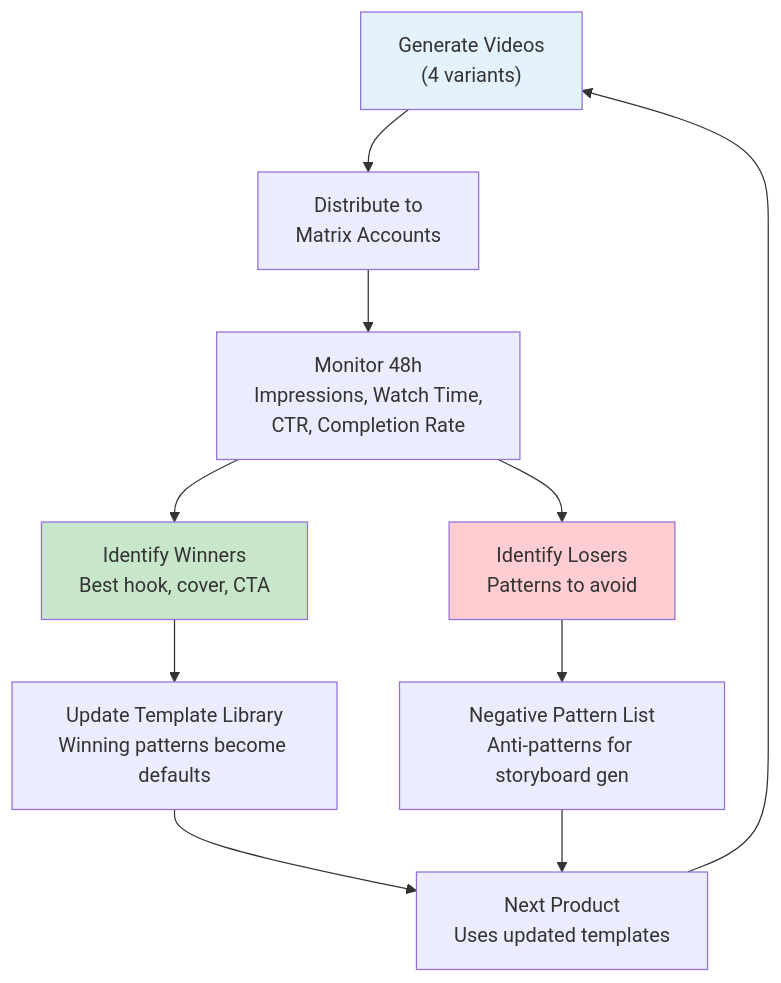
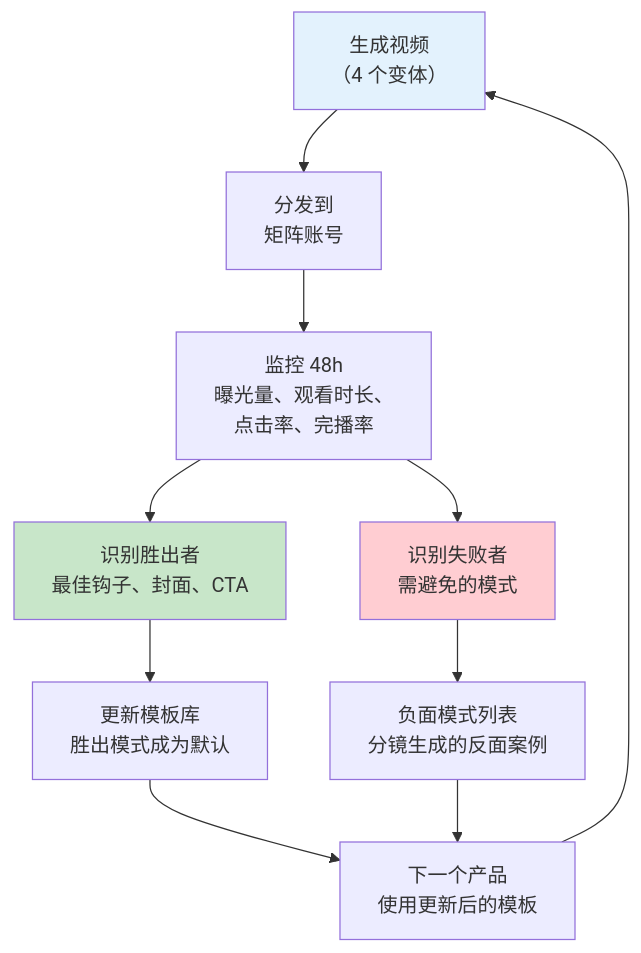
One commit to chan-kinghin/e-commerce-claw changed the fourth of 4 diagrams in plans/PLAN-tiktok-director.md. Above: the diagram before and after it, drawn with Mermaid. The commit also changed other lines of this file and 55 other files, not shown here.

````diff
--- a/plans/PLAN-tiktok-director.md
+++ b/plans/PLAN-tiktok-director.md
@@ -687,17 +687,17 @@
 ```mermaid
 graph TD
-    A["Generate Videos<br/>(4 variants)"] --> B["Distribute to<br/>Matrix Accounts"]
-    B --> C["Monitor 48h<br/>Impressions, Watch Time,<br/>CTR, Completion Rate"]
-    C --> D["Identify Winners<br/>Best hook, cover, CTA"]
-    D --> E["Update Template Library<br/>Winning patterns become defaults"]
-    E --> F["Next Product<br/>Uses updated templates"]
+    A["生成视频<br/>（4 个变体）"] --> B["分发到<br/>矩阵账号"]
+    B --> C["监控 48h<br/>曝光量、观看时长、<br/>点击率、完播率"]
+    C --> D["识别胜出者<br/>最佳钩子、封面、CTA"]
+    D --> E["更新模板库<br/>胜出模式成为默认"]
+    E --> F["下一个产品<br/>使用更新后的模板"]
     F --> A
 
-    C --> G["Identify Losers<br/>Patterns to avoid"]
-    G --> H["Negative Pattern List<br/>Anti-patterns for storyboard gen"]
+    C --> G["识别失败者<br/>需避免的模式"]
+    G --> H["负面模式列表<br/>分镜生成的反面案例"]
     H --> F
 
     style A fill:#E3F2FD
     style D fill:#C8E6C9
     style G fill:#FFCDD2
 ```
````
